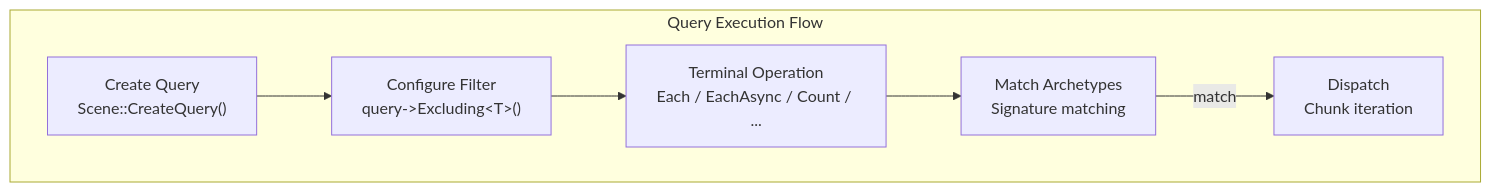
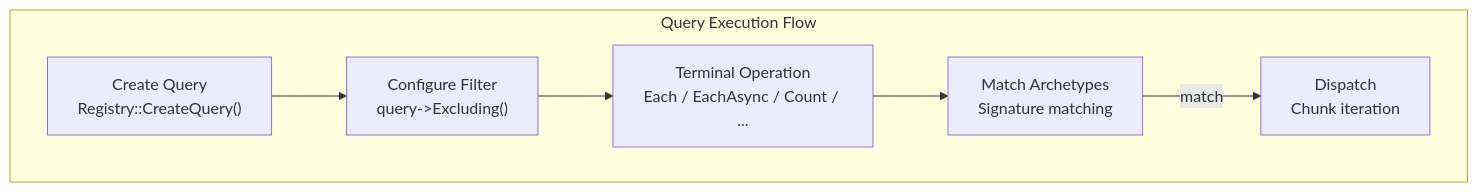
The diagram in docs/api/query.md (gilmar-sales/Freyr), drawn with Mermaid before and after one commit. The commit also changed other lines of this file and 17 other files, not shown here.

````diff
--- a/docs/api/query.md
+++ b/docs/api/query.md
@@ -16,15 +16,15 @@
 ```mermaid
 graph TB
     subgraph QueryFlow["Query Execution Flow"]
-        Q["Create Query<br/>Scene::CreateQuery()"]
-        F["Configure Filter<br/>query->Excluding&lt;T&gt;()"]
+        Q["Create Query<br/>Registry::CreateQuery()"]
+        F["Configure Filter<br/>query->Excluding<Ts...>()"]
         T["Terminal Operation<br/>Each / EachAsync / Count / ..."]
         M["Match Archetypes<br/>Signature matching"]
         D["Dispatch<br/>Chunk iteration"]
     end
 
     Q --> F --> T
     T --> M
     M -->|match| D
 
 ```
````
